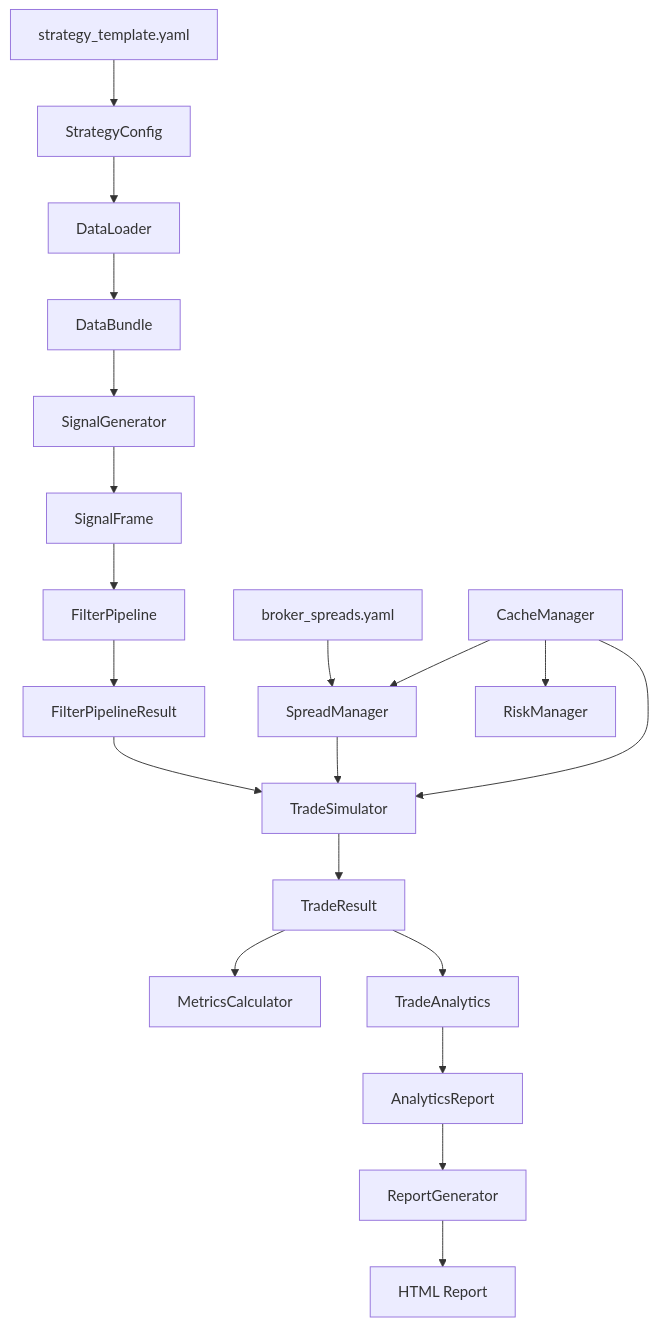
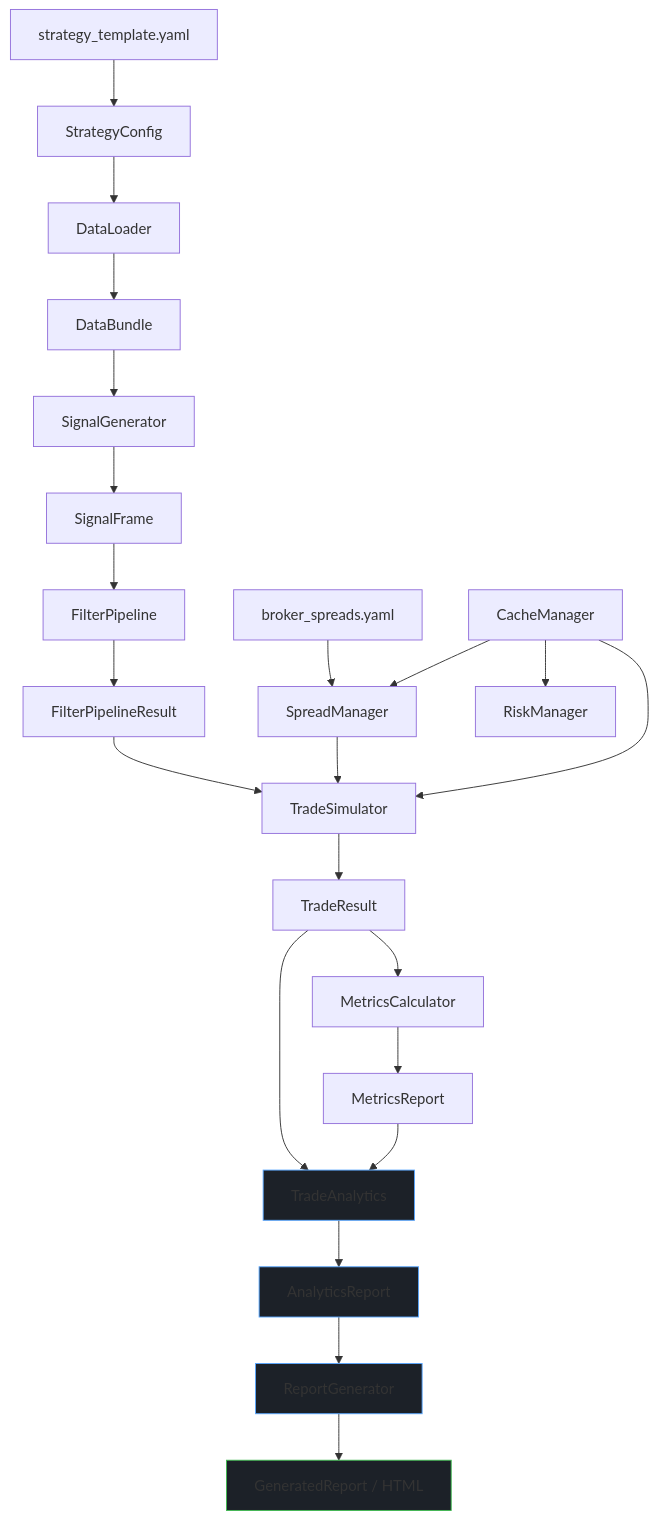
Before and after one commit to RumcajsPL/Backtest_platform: the diagram in docs/architecture/ARCHITECTURE.md, drawn with Mermaid. The commit also changed other lines of this file and 8 other files, not shown here.

````diff
--- a/docs/architecture/ARCHITECTURE.md
+++ b/docs/architecture/ARCHITECTURE.md
@@ -39,23 +39,28 @@
 ```mermaid
 graph TD
     A[strategy_template.yaml] --> B[StrategyConfig]
     B --> C[DataLoader]
     C --> D[DataBundle]
     D --> E[SignalGenerator]
     E --> F[SignalFrame]
     F --> G[FilterPipeline]
     G --> H[FilterPipelineResult]
     H --> I[TradeSimulator]
     I --> J[TradeResult]
     J --> K[MetricsCalculator]
-    J --> L[TradeAnalytics]
-    L --> M[AnalyticsReport]
-    M --> N[ReportGenerator]
-    N --> O[HTML Report]
-    
-    P[broker_spreads.yaml] --> Q[SpreadManager]
-    Q --> I
-    R[CacheManager] --> I
-    R --> Q
-    R --> S[RiskManager]
+    K --> L[MetricsReport]
+    J --> M[TradeAnalytics]
+    L --> M
+    M --> N[AnalyticsReport]
+    N --> O[ReportGenerator]
+    O --> P[GeneratedReport / HTML]
+    Q[broker_spreads.yaml] --> R[SpreadManager]
+    R --> I
+    S[CacheManager] --> I
+    S --> R
+    S --> T[RiskManager]
+    style M fill:#1c2128,stroke:#58a6ff
+    style N fill:#1c2128,stroke:#58a6ff
+    style O fill:#1c2128,stroke:#58a6ff
+    style P fill:#1c2128,stroke:#3fb950
 ```
````
